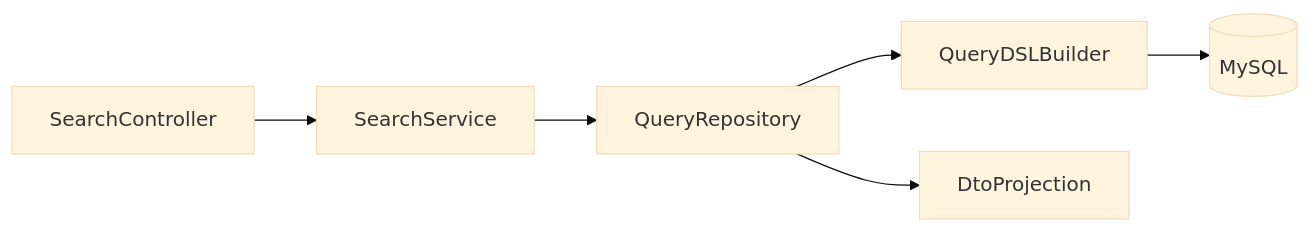
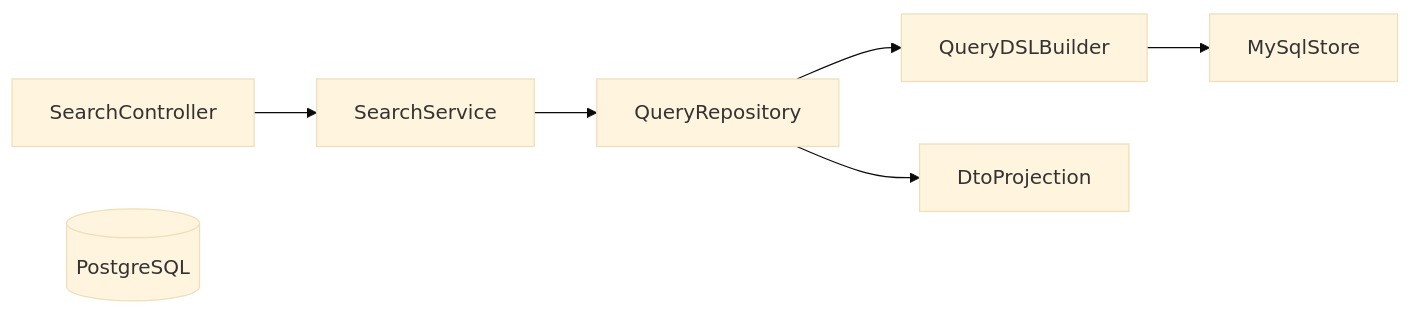
Before and after one commit to huylekha/SpringCRM: the diagram in docs/architecture/search-api-architecture.md, drawn with Mermaid (base theme). The commit also changed 24 other files, not shown here.

````diff
--- a/docs/architecture/search-api-architecture.md
+++ b/docs/architecture/search-api-architecture.md
@@ -67,15 +67,15 @@
 ```mermaid
 flowchart LR
   SearchController[SearchController]
   SearchService[SearchService]
   QueryRepository[QueryRepository]
   QueryDslLayer[QueryDSLBuilder]
   ProjectionMapper[DtoProjection]
-  MySqlStore[(MySQL)]
+  PostgresStore[(PostgreSQL)]
 
   SearchController --> SearchService
   SearchService --> QueryRepository
   QueryRepository --> QueryDslLayer
   QueryDslLayer --> MySqlStore
   QueryRepository --> ProjectionMapper
 ```
````
